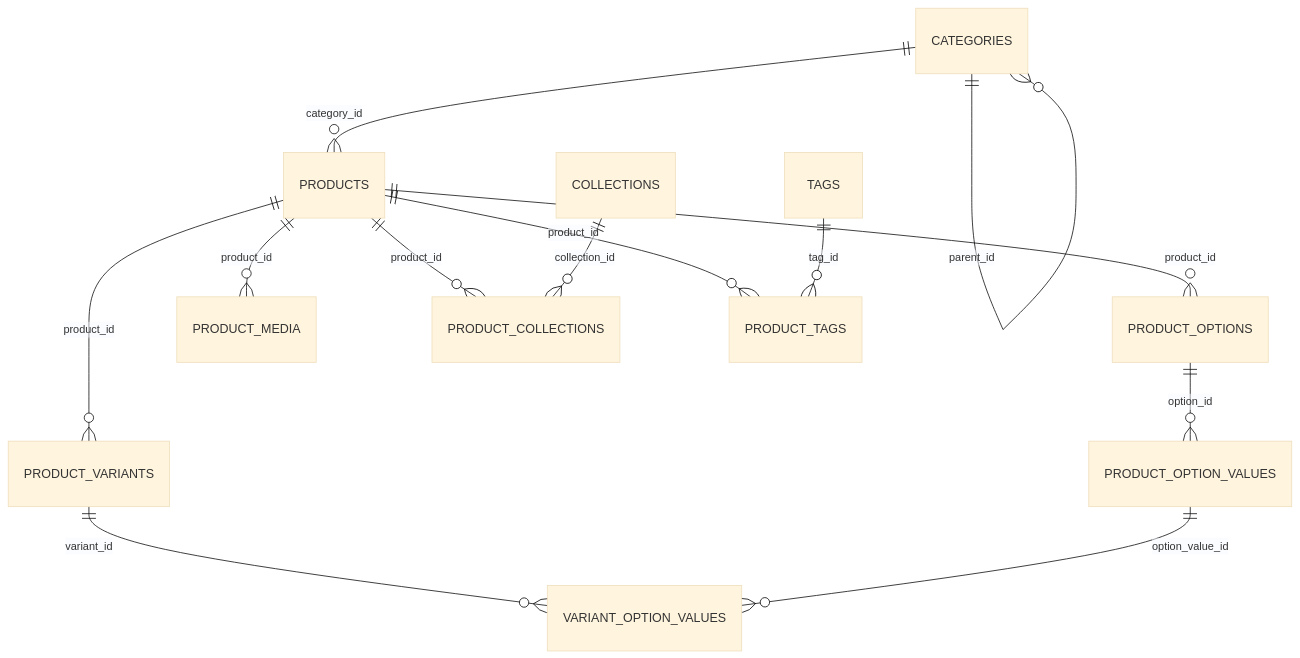
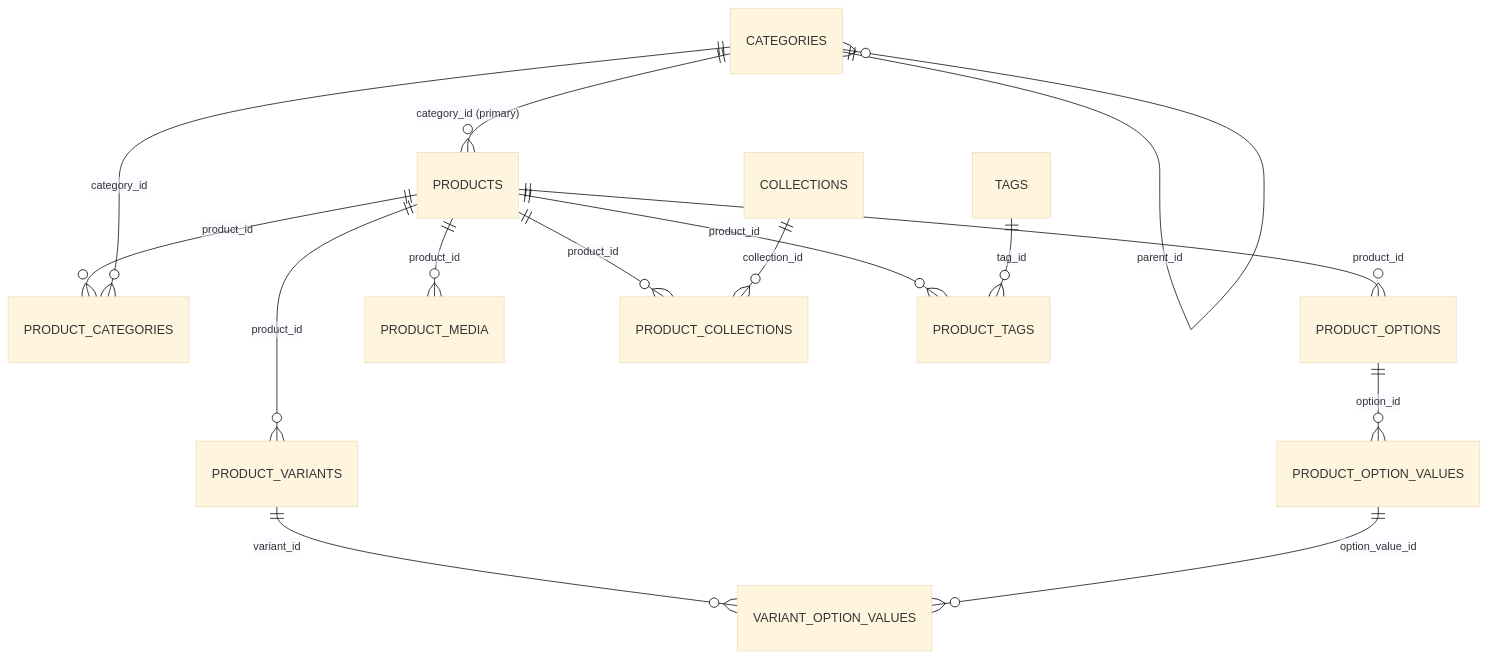
One commit to haresh-contactapex/smb-next-js changed the diagram in docs/category-product/category-product-catalog-database-schema.md. Above: the diagram before and after it, drawn with Mermaid (base theme). The commit also changed other lines of this file and 9 other files, not shown here.

First line of the commit message:
Let a product belong to several categories on the add/edit product page

````diff
--- a/docs/category-product/category-product-catalog-database-schema.md
+++ b/docs/category-product/category-product-catalog-database-schema.md
@@ -14,15 +14,17 @@
 ```mermaid
 erDiagram
     CATEGORIES ||--o{ CATEGORIES : "parent_id"
-    CATEGORIES ||--o{ PRODUCTS : "category_id"
+    CATEGORIES ||--o{ PRODUCTS : "category_id (primary)"
+    PRODUCTS ||--o{ PRODUCT_CATEGORIES : "product_id"
+    CATEGORIES ||--o{ PRODUCT_CATEGORIES : "category_id"
     PRODUCTS ||--o{ PRODUCT_OPTIONS : "product_id"
     PRODUCT_OPTIONS ||--o{ PRODUCT_OPTION_VALUES : "option_id"
     PRODUCTS ||--o{ PRODUCT_VARIANTS : "product_id"
     PRODUCT_VARIANTS ||--o{ VARIANT_OPTION_VALUES : "variant_id"
     PRODUCT_OPTION_VALUES ||--o{ VARIANT_OPTION_VALUES : "option_value_id"
     PRODUCTS ||--o{ PRODUCT_MEDIA : "product_id"
     PRODUCTS ||--o{ PRODUCT_COLLECTIONS : "product_id"
     COLLECTIONS ||--o{ PRODUCT_COLLECTIONS : "collection_id"
     PRODUCTS ||--o{ PRODUCT_TAGS : "product_id"
     TAGS ||--o{ PRODUCT_TAGS : "tag_id"
 ```
````
